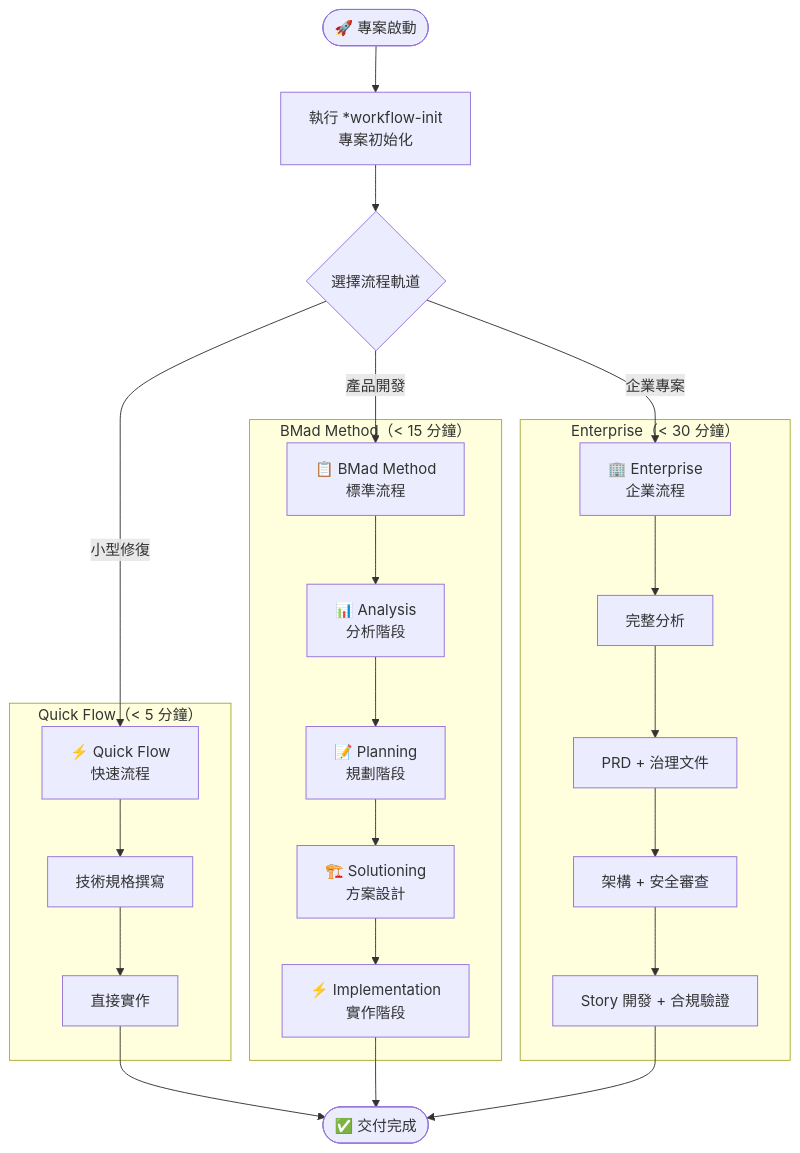
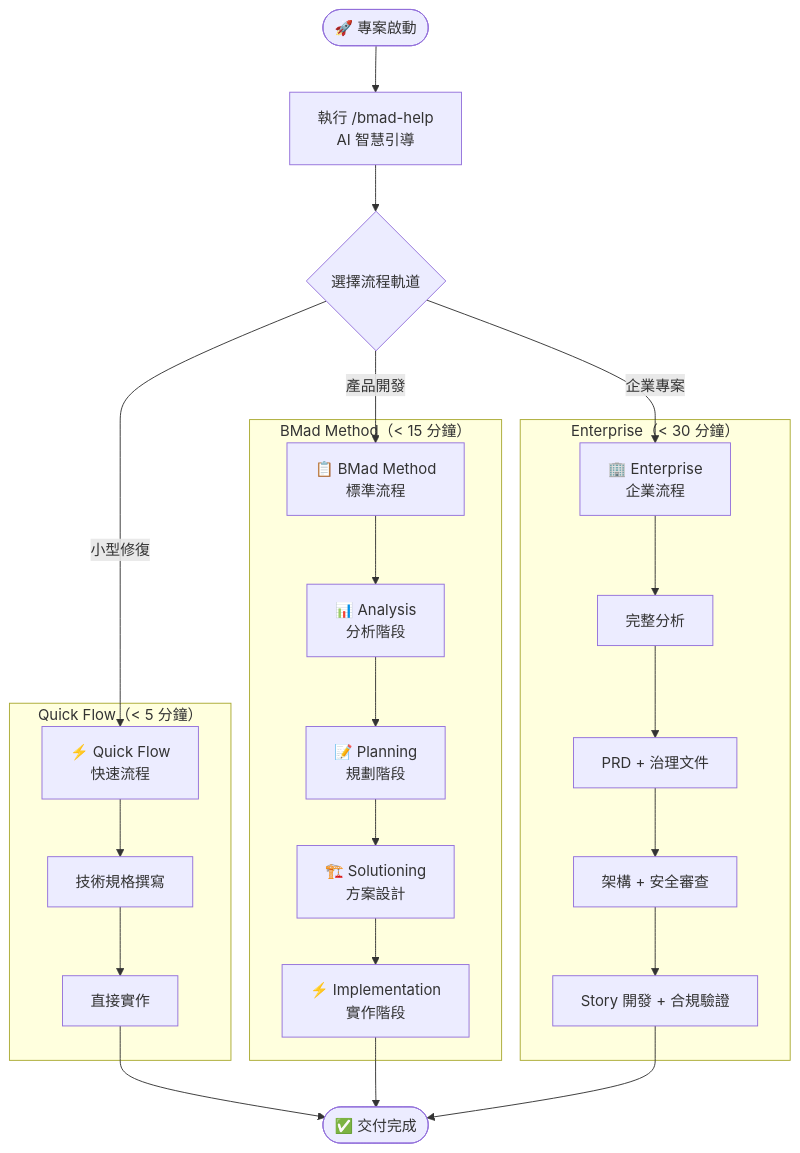
The fifth of 12 diagrams in content/posts/教學/AI開發/BMAD-METHOD使用教學.md (chihhung/Blog), drawn with Mermaid before and after one commit. The commit also changed other lines of this file and 2 other files, not shown here.

````diff
--- a/content/posts/教學/AI開發/BMAD-METHOD使用教學.md
+++ b/content/posts/教學/AI開發/BMAD-METHOD使用教學.md
@@ -532,33 +684,33 @@
 ```mermaid
 flowchart TB
-    START([🚀 專案啟動]) --> INIT[執行 *workflow-init<br/>專案初始化]
+    START([🚀 專案啟動]) --> INIT[執行 /bmad-help<br/>AI 智慧引導]
     
     INIT --> TRACK{選擇流程軌道}
     
     TRACK -->|小型修復| QUICK[⚡ Quick Flow<br/>快速流程]
     TRACK -->|產品開發| METHOD[📋 BMad Method<br/>標準流程]
     TRACK -->|企業專案| ENTERPRISE[🏢 Enterprise<br/>企業流程]
     
     subgraph "Quick Flow（< 5 分鐘）"
         QUICK --> Q1[技術規格撰寫]
         Q1 --> Q2[直接實作]
     end
     
     subgraph "BMad Method（< 15 分鐘）"
         METHOD --> M1[📊 Analysis<br/>分析階段]
         M1 --> M2[📝 Planning<br/>規劃階段]
         M2 --> M3[🏗️ Solutioning<br/>方案設計]
         M3 --> M4[⚡ Implementation<br/>實作階段]
     end
     
     subgraph "Enterprise（< 30 分鐘）"
         ENTERPRISE --> E1[完整分析]
         E1 --> E2[PRD + 治理文件]
         E2 --> E3[架構 + 安全審查]
         E3 --> E4[Story 開發 + 合規驗證]
     end
     
     Q2 --> DONE([✅ 交付完成])
     M4 --> DONE
     E4 --> DONE
 ```
````
